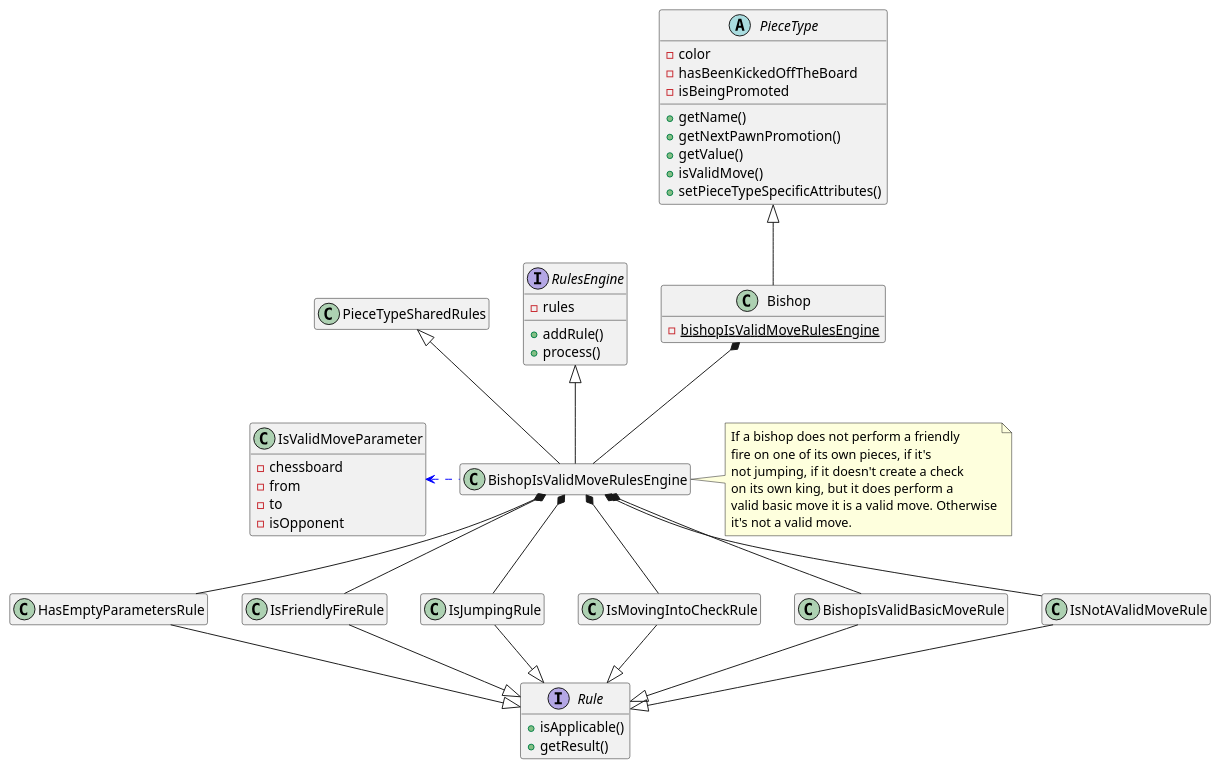
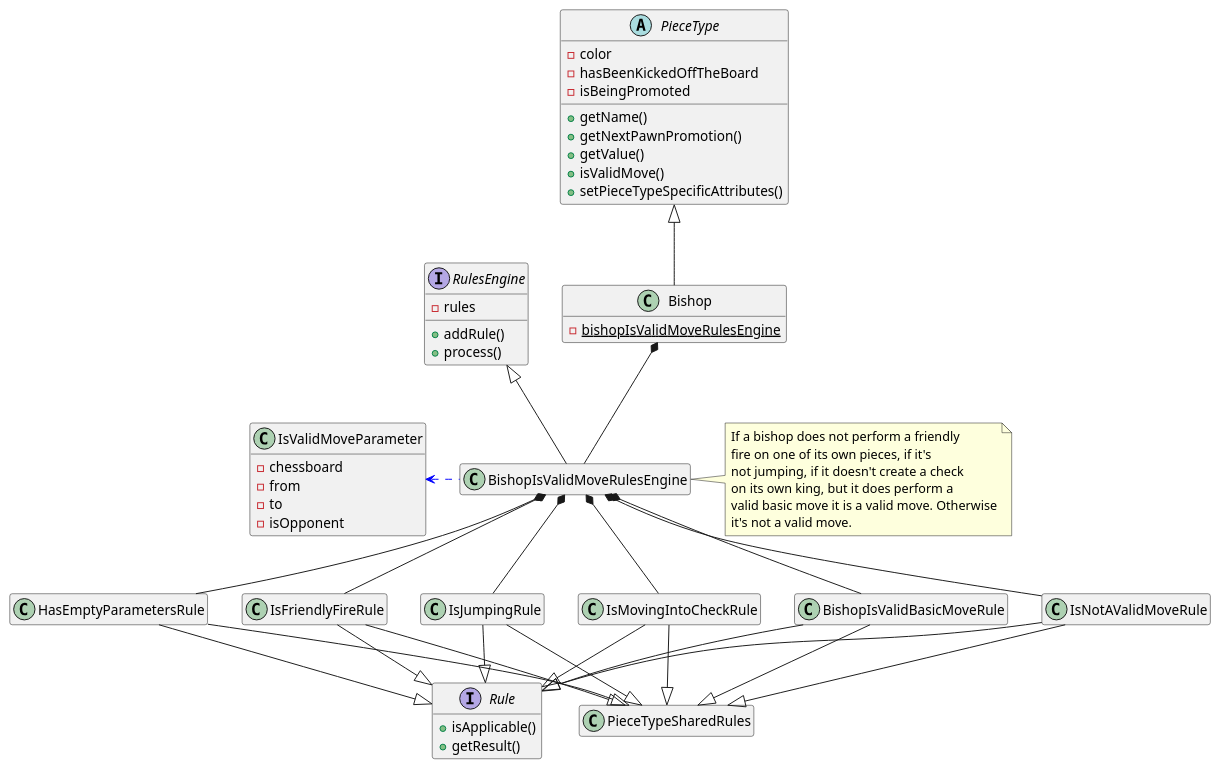
Before and after one commit to tiktaalick/chess-with-database: the diagram in game/src/main/resources/uml/bishop.puml, drawn with PlantUML. The commit also changed 6 other files, not shown here.

Commit message:
Small changes to the class diagrams.

```diff
--- a/game/src/main/resources/uml/bishop.puml
+++ b/game/src/main/resources/uml/bishop.puml
@@ -1,77 +1,86 @@
 @startuml
 
 '--------------'
 'Hidden members'
 '--------------'
 hide empty members
 
 '----'
 'Move'
 '----'
 abstract class PieceType {
     - color
     - hasBeenKickedOffTheBoard
     - isBeingPromoted
     + getName()
     + getNextPawnPromotion()
     + getValue()
     + isValidMove()
     + setPieceTypeSpecificAttributes()
 }
 
 class Bishop {
     - {static} bishopIsValidMoveRulesEngine
 }
 
 class IsValidMoveParameter {
     - chessboard
     - from
     - to
     - isOpponent
 }
 
 interface RulesEngine {
     - rules
     + addRule()
     + process()
 }
 
 interface Rule {
     + isApplicable()
     + getResult()
 }
 
 '---------'
 'Relations'
 '---------'
 PieceType <|-down- Bishop
 Bishop *-- BishopIsValidMoveRulesEngine
+
 BishopIsValidMoveRulesEngine -up-|> RulesEngine
-BishopIsValidMoveRulesEngine -up-|> PieceTypeSharedRules
 BishopIsValidMoveRulesEngine .left[#blue].> IsValidMoveParameter
+
 HasEmptyParametersRule -up-* BishopIsValidMoveRulesEngine
 IsFriendlyFireRule -up-* BishopIsValidMoveRulesEngine
 IsJumpingRule -up-* BishopIsValidMoveRulesEngine
 IsMovingIntoCheckRule -up-* BishopIsValidMoveRulesEngine
 BishopIsValidBasicMoveRule -up-* BishopIsValidMoveRulesEngine
 IsNotAValidMoveRule -up-* BishopIsValidMoveRulesEngine
+
 HasEmptyParametersRule --|> Rule
 IsFriendlyFireRule --|> Rule
 IsJumpingRule --|> Rule
 IsMovingIntoCheckRule --|> Rule
 BishopIsValidBasicMoveRule --|> Rule
 IsNotAValidMoveRule --|> Rule
+
+HasEmptyParametersRule -down-|> PieceTypeSharedRules
+IsFriendlyFireRule -down-|> PieceTypeSharedRules
+IsJumpingRule -down-|> PieceTypeSharedRules
+IsMovingIntoCheckRule -down-|> PieceTypeSharedRules
+BishopIsValidBasicMoveRule -down-|> PieceTypeSharedRules
+IsNotAValidMoveRule -down-|> PieceTypeSharedRules
 
 '-----'
 'Notes'
 '-----'
 note right of BishopIsValidMoveRulesEngine {
     If a bishop does not perform a friendly
     fire on one of its own pieces, if it's
     not jumping, if it doesn't create a check
     on its own king, but it does perform a
     valid basic move it is a valid move. Otherwise
     it's not a valid move.
 }
 
 @enduml
```
